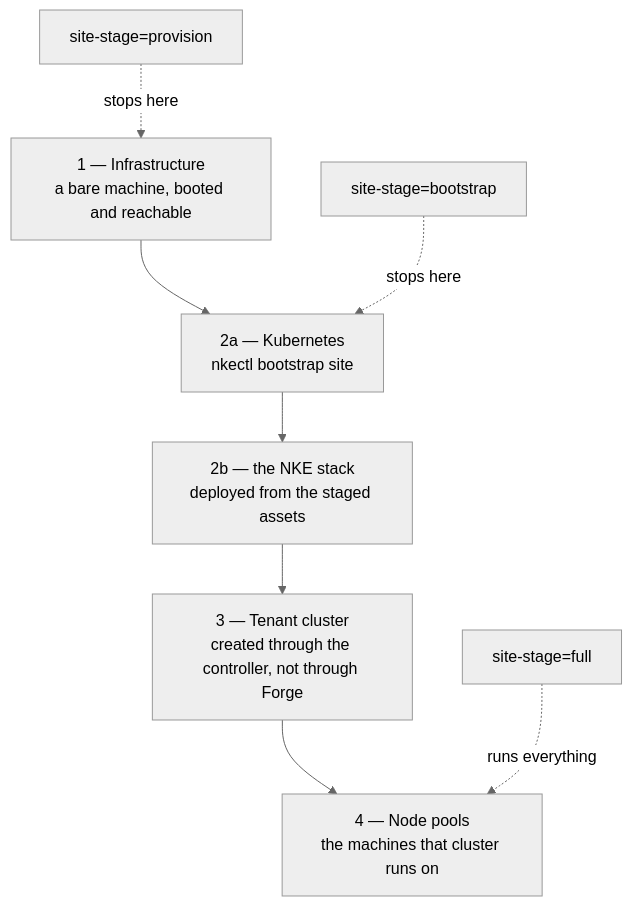
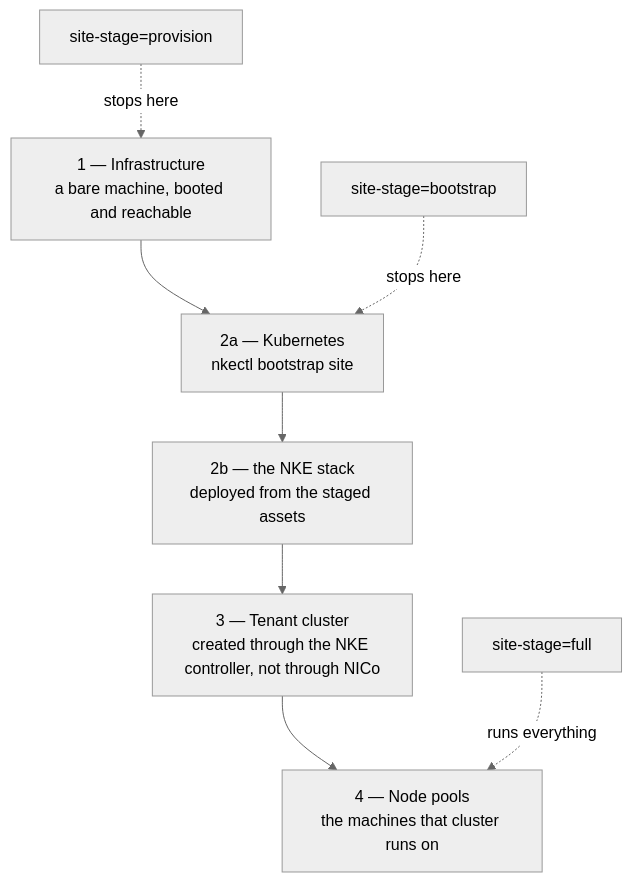
Before and after one commit to dsx-ai-factory/nvke: the first of 5 diagrams in docs/qualification/hardware-lane.md, drawn with Mermaid (neutral theme). The commit also changed other lines of this file and 7 other files, not shown here.

Commit message:
docs: name the NKE controller on first mention and say NICo, not Forge

````diff
--- a/docs/qualification/hardware-lane.md
+++ b/docs/qualification/hardware-lane.md
@@ -49,14 +49,14 @@
 ```mermaid
 flowchart TB
     S1["1 — Infrastructure<br/>a bare machine, booted and reachable"]
     S2K["2a — Kubernetes<br/>nkectl bootstrap site"]
     S2N["2b — the NKE stack<br/>deployed from the staged assets"]
-    S3["3 — Tenant cluster<br/>created through the controller, not through Forge"]
+    S3["3 — Tenant cluster<br/>created through the NKE controller, not through NICo"]
     S4["4 — Node pools<br/>the machines that cluster runs on"]
 
     S1 --> S2K --> S2N --> S3 --> S4
 
     P["site-stage=provision"] -.->|stops here| S1
     B["site-stage=bootstrap"] -.->|stops here| S2K
     F["site-stage=full"] -.->|runs everything| S4
 ```
````
